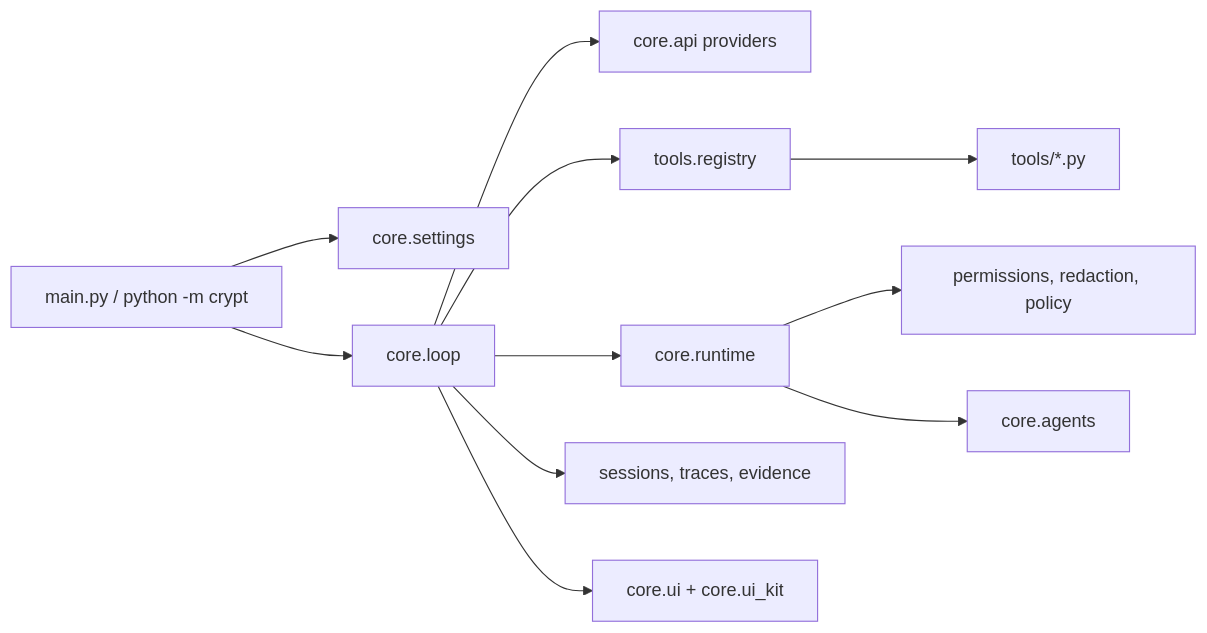
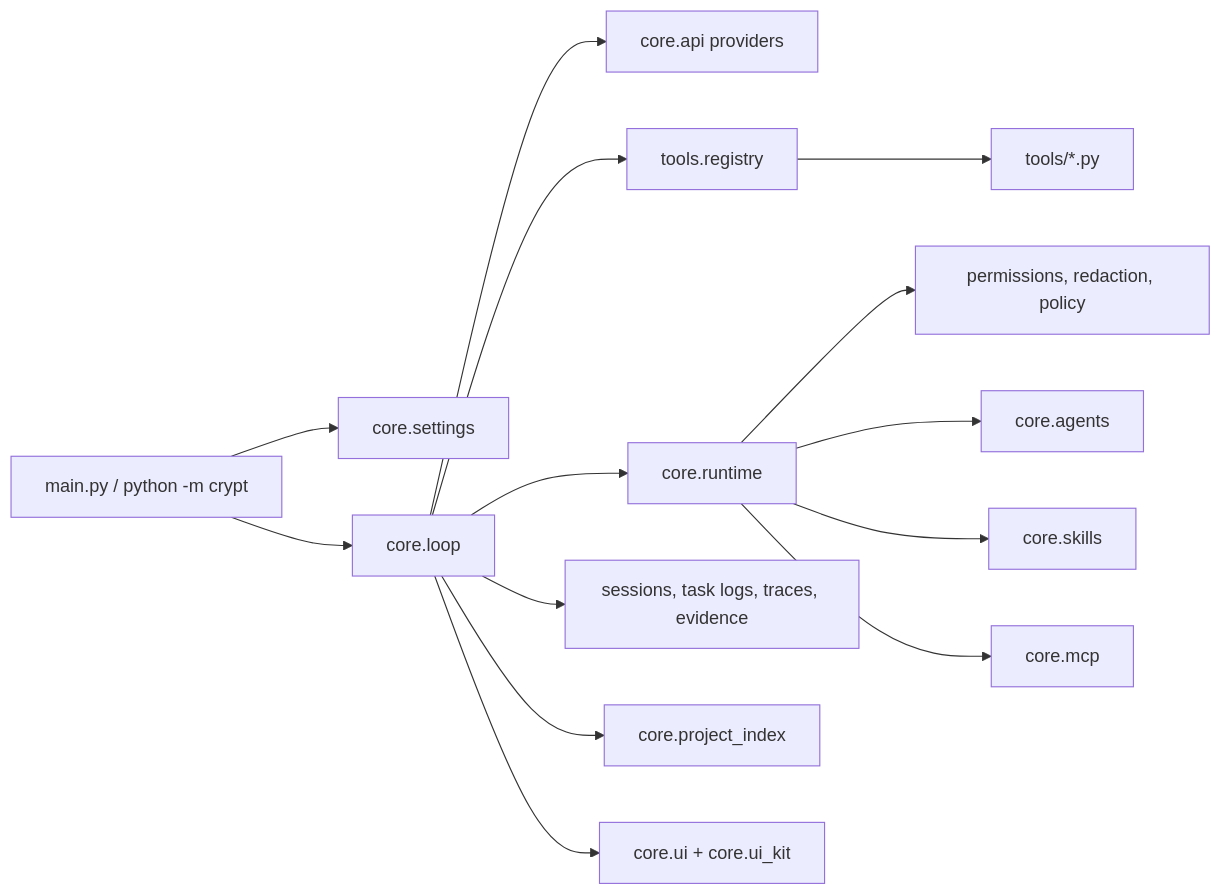
The diagram in docs/ARCHITECTURE.md (clout2buy/CryptCore), drawn with Mermaid before and after one commit. The commit also changed other lines of this file and 46 other files, not shown here.

Commit message:
Upgrade CryptCore runtime intelligence

````diff
--- a/docs/ARCHITECTURE.md
+++ b/docs/ARCHITECTURE.md
@@ -6,13 +6,16 @@
 ```mermaid
 flowchart LR
     CLI["main.py / python -m crypt"] --> Settings["core.settings"]
     CLI --> Loop["core.loop"]
     Loop --> Providers["core.api providers"]
     Loop --> Registry["tools.registry"]
     Registry --> Tools["tools/*.py"]
     Loop --> Runtime["core.runtime"]
     Runtime --> Safety["permissions, redaction, policy"]
     Runtime --> Agents["core.agents"]
-    Loop --> Store["sessions, traces, evidence"]
+    Runtime --> Skills["core.skills"]
+    Runtime --> MCP["core.mcp"]
+    Loop --> Store["sessions, task logs, traces, evidence"]
+    Loop --> Project["core.project_index"]
     Loop --> UI["core.ui + core.ui_kit"]
 ```
````
